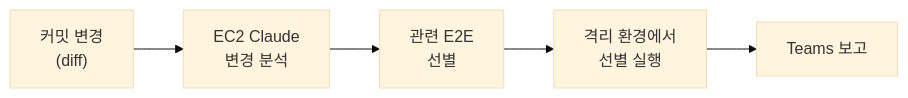
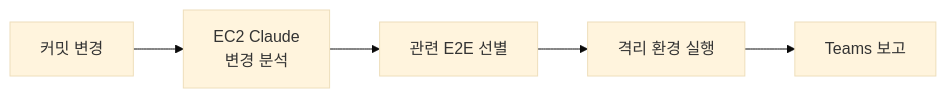
One commit to crowwan/resume changed the fourth of 4 diagrams in portfolio.md. Above: the diagram before and after it, drawn with Mermaid (base theme). The commit also changed other lines of this file and 7 other files, not shown here.

````diff
--- a/portfolio.md
+++ b/portfolio.md
@@ -142,9 +141,7 @@
 ```mermaid
 flowchart LR
-  Commit["커밋 변경<br/>(diff)"]
-  Claude["EC2 Claude<br/>변경 분석"]
-  Select["관련 E2E<br/>선별"]
-  Run["격리 환경에서<br/>선별 실행"]
-  Teams["Teams 보고"]
-  Commit --> Claude --> Select --> Run --> Teams
+  Commit["커밋 변경"] --> Claude["EC2 Claude<br/>변경 분석"]
+  Claude --> Select["관련 E2E 선별"]
+  Select --> Run["격리 환경 실행"]
+  Run --> Teams["Teams 보고"]
 ```
````
